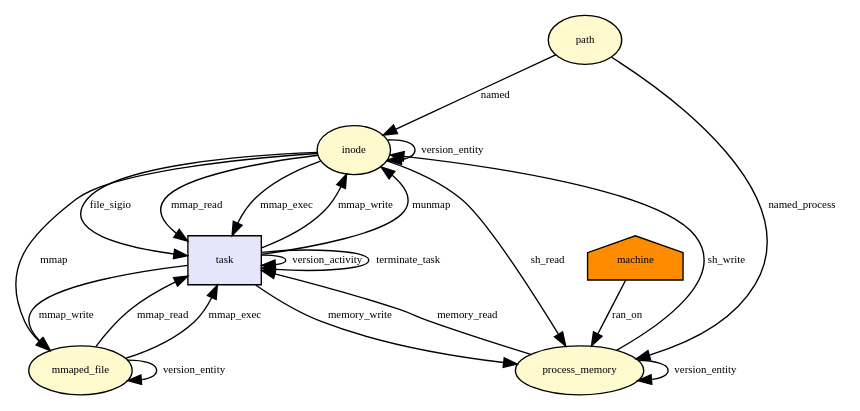
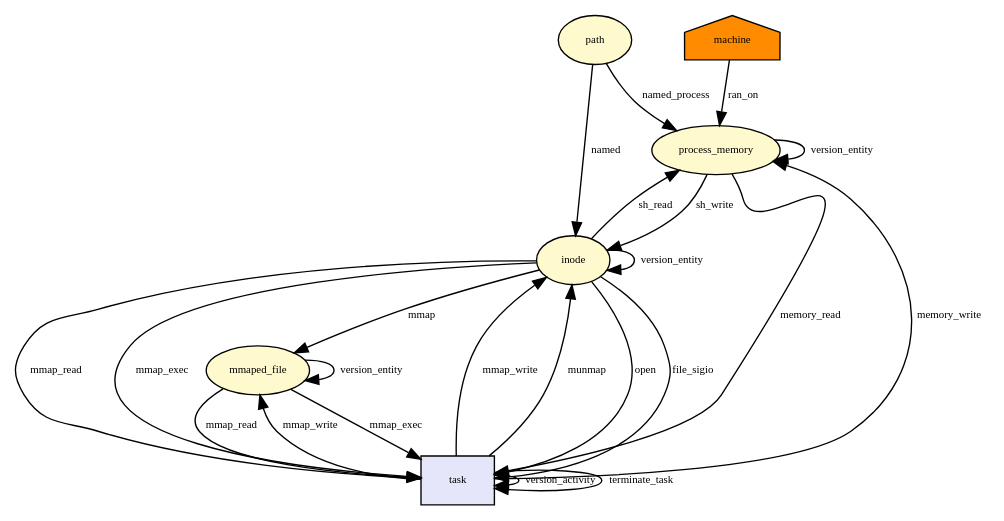
One commit to CamFlow/camflow-dev changed the diagram in docs/dot/__x64_sys_mmap_pgoff.dot. Above: the diagram before and after it, drawn with Graphviz. The commit also changed 7 other files, not shown here.

```diff
--- a/docs/dot/__x64_sys_mmap_pgoff.dot
+++ b/docs/dot/__x64_sys_mmap_pgoff.dot
@@ -1,55 +1,57 @@
-digraph RGL__DirectedAdjacencyGraph {inode[fontsize = 8,label = inode,shape = ellipse, fillcolor="#fffacd", style = filled]
+digraph RGL__DirectedAdjacencyGraph {path[fontsize = 8,label = path,shape = ellipse, fillcolor="#fffacd", style = filled]
+
+process_memory[fontsize = 8,label = process_memory,shape = ellipse, fillcolor="#fffacd", style = filled]
+
+path -> process_memory[fontsize = 8,label = named_process]
+
+machine[fontsize = 8,label = machine,shape = house, fillcolor="#ff8c00", style = filled]
+
+machine -> process_memory[fontsize = 8,label = ran_on]
+
+inode[fontsize = 8,label = inode,shape = ellipse, fillcolor="#fffacd", style = filled]
+
+path -> inode[fontsize = 8,label = named]
 
 task[fontsize = 8,label = task,shape = rectangle, fillcolor="#e6e6fa", style = filled]
 
-inode -> task[fontsize = 8,label = file_sigio]
-
-process_memory[fontsize = 8,label = process_memory,shape = ellipse, fillcolor="#fffacd", style = filled]
+inode -> task[fontsize = 8,label = open]
 
 task -> process_memory[fontsize = 8,label = memory_write]
 
 task -> task[fontsize = 8,label = version_activity]
 
 process_memory -> process_memory[fontsize = 8,label = version_entity]
 
 process_memory -> inode[fontsize = 8,label = sh_write]
 
 inode -> inode[fontsize = 8,label = version_entity]
 
-path[fontsize = 8,label = path,shape = ellipse, fillcolor="#fffacd", style = filled]
-
-path -> process_memory[fontsize = 8,label = named_process]
-
-machine[fontsize = 8,label = machine,shape = house, fillcolor="#ff8c00", style = filled]
-
-machine -> process_memory[fontsize = 8,label = ran_on]
-
-path -> inode[fontsize = 8,label = named]
+inode -> task[fontsize = 8,label = file_sigio]
 
 process_memory -> task[fontsize = 8,label = memory_read]
 
 task -> inode[fontsize = 8,label = mmap_write]
 
 inode -> process_memory[fontsize = 8,label = sh_read]
 
 inode -> task[fontsize = 8,label = mmap_read]
 
 inode -> task[fontsize = 8,label = mmap_exec]
 
 mmaped_file[fontsize = 8,label = mmaped_file,shape = ellipse, fillcolor="#fffacd", style = filled]
 
 inode -> mmaped_file[fontsize = 8,label = mmap]
 
 mmaped_file -> mmaped_file[fontsize = 8,label = version_entity]
 
 task -> mmaped_file[fontsize = 8,label = mmap_write]
 
 mmaped_file -> task[fontsize = 8,label = mmap_read]
 
 mmaped_file -> task[fontsize = 8,label = mmap_exec]
 
 task -> inode[fontsize = 8,label = munmap]
 
 task -> task[fontsize = 8,label = terminate_task]
 
 }
```
